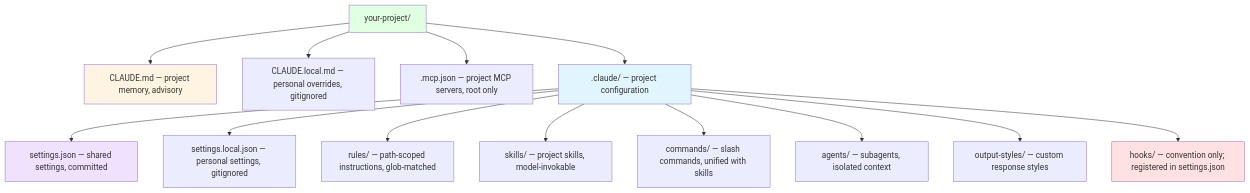
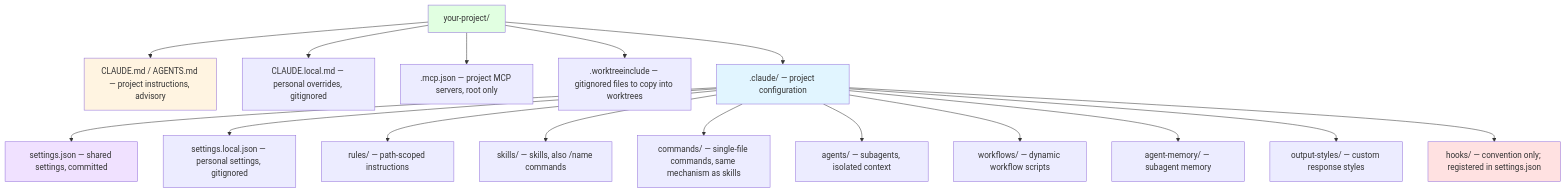
One commit to atc-net/atc-agentic-toolkit changed the diagram in docs/reference/claude-folder-structure.md. Above: the diagram before and after it, drawn with Mermaid. The commit also changed other lines of this file and 3 other files, not shown here.

````diff
--- a/docs/reference/claude-folder-structure.md
+++ b/docs/reference/claude-folder-structure.md
@@ -13,23 +13,26 @@
 ```mermaid
 graph TD
     root["your-project/"]
-    root --> cm["CLAUDE.md — project memory, advisory"]
+    root --> cm["CLAUDE.md / AGENTS.md — project instructions, advisory"]
     root --> cml["CLAUDE.local.md — personal overrides, gitignored"]
     root --> mcp[".mcp.json — project MCP servers, root only"]
+    root --> wti[".worktreeinclude — gitignored files to copy into worktrees"]
     root --> claude[".claude/ — project configuration"]
 
     claude --> settings["settings.json — shared settings, committed"]
     claude --> slocal["settings.local.json — personal settings, gitignored"]
-    claude --> rules["rules/ — path-scoped instructions, glob-matched"]
-    claude --> skills["skills/ — project skills, model-invokable"]
-    claude --> commands["commands/ — slash commands, unified with skills"]
+    claude --> rules["rules/ — path-scoped instructions"]
+    claude --> skills["skills/ — skills, also /name commands"]
+    claude --> commands["commands/ — single-file commands, same mechanism as skills"]
     claude --> agents["agents/ — subagents, isolated context"]
+    claude --> workflows["workflows/ — dynamic workflow scripts"]
+    claude --> amem["agent-memory/ — subagent memory"]
     claude --> styles["output-styles/ — custom response styles"]
     claude --> hooksdir["hooks/ — convention only; registered in settings.json"]
 
     style root fill:#e1ffe1
     style claude fill:#e1f5ff
     style cm fill:#fff4e1
     style settings fill:#f0e1ff
     style hooksdir fill:#ffe1e1
 ```
````
